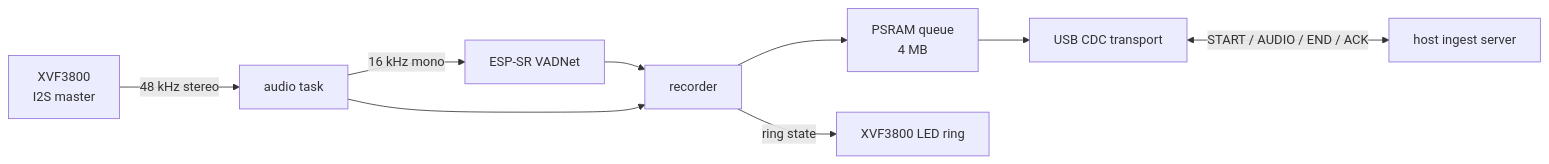
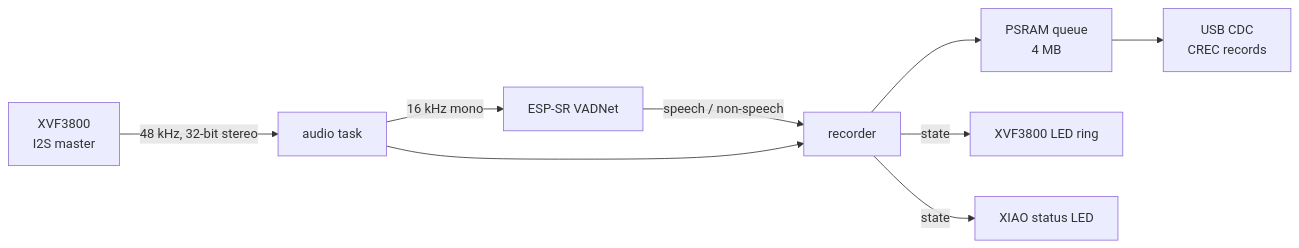
Before and after one commit to RakiDelmoro/conversation-recorder: the diagram in README.md, drawn with Mermaid. The commit also changed other lines of this file, not shown here.

````diff
--- a/README.md
+++ b/README.md
@@ -13,11 +14,11 @@
 ```mermaid
 flowchart LR
-  X["XVF3800<br/>I2S master"] -->|"48 kHz stereo"| A["audio task"]
+  X["XVF3800<br/>I2S master"] -->|"48 kHz, 32-bit stereo"| A["audio task"]
   A -->|"16 kHz mono"| V["ESP-SR VADNet"]
-  V --> R["recorder"]
+  V -->|"speech / non-speech"| R["recorder"]
   A --> R
   R --> Q["PSRAM queue<br/>4 MB"]
-  Q --> U["USB CDC transport"]
-  U <-->|"START / AUDIO / END / ACK"| H["host ingest server"]
-  R -->|"ring state"| L["XVF3800 LED ring"]
+  Q --> U["USB CDC<br/>CREC records"]
+  R -->|"state"| L["XVF3800 LED ring"]
+  R -->|"state"| S["XIAO status LED"]
 ```
````
